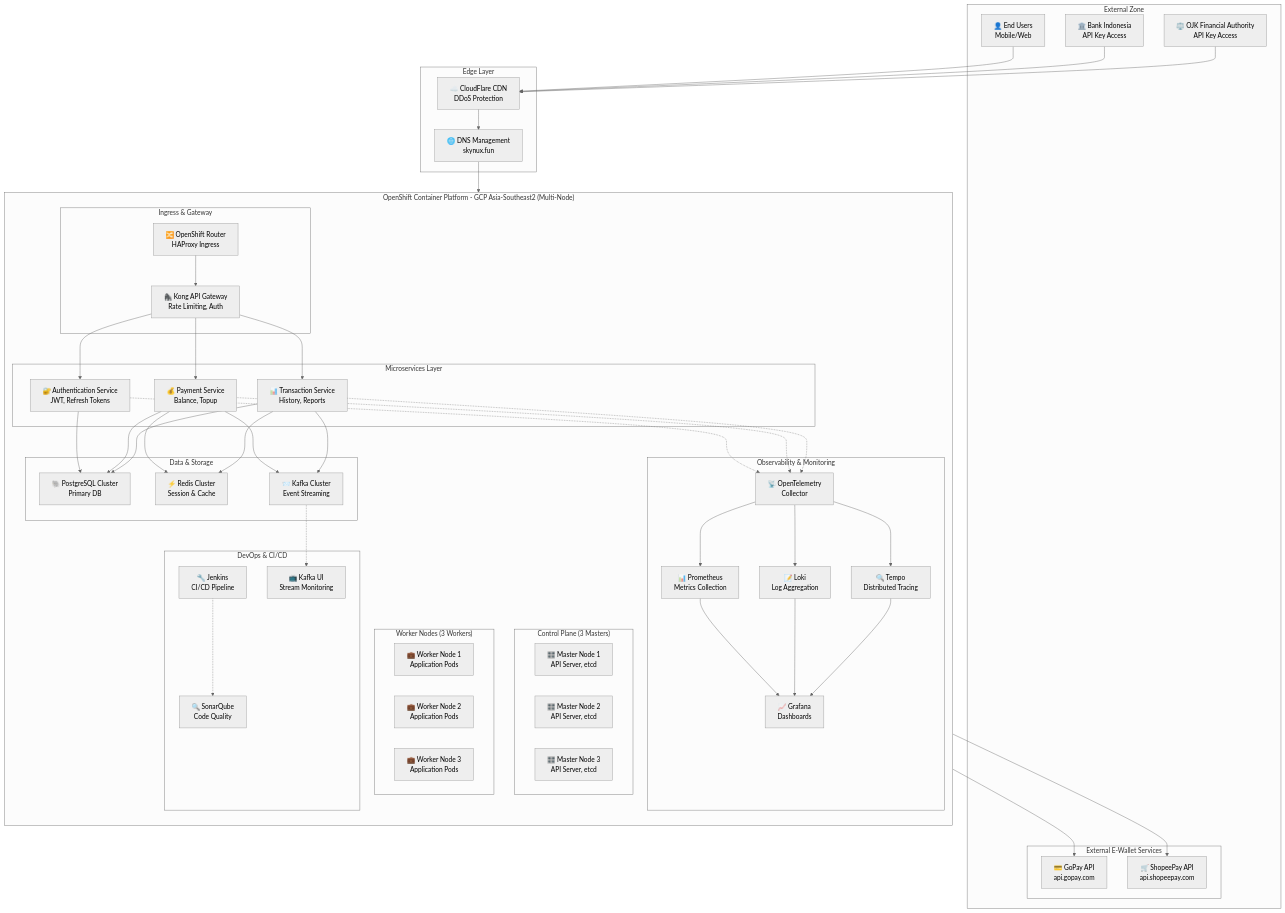
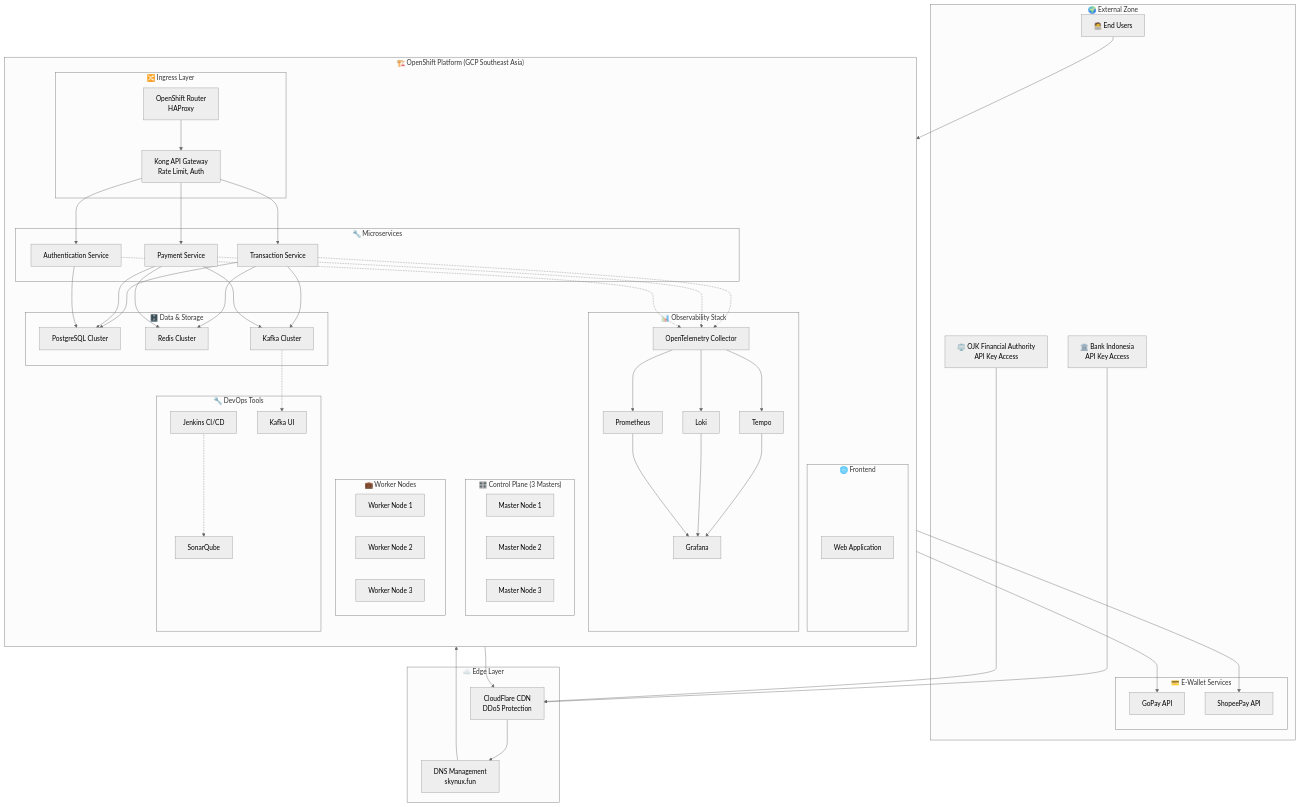
The first of 10 diagrams in README.md (cisnux-seed/api-docs-fp-one-gate-payment), drawn with Mermaid (neutral theme) before and after one commit. The commit also changed other lines of this file, not shown here.

````diff
--- a/README.md
+++ b/README.md
@@ -2,112 +2,122 @@
 ```mermaid
-graph TB
-%% External Users and Systems
-subgraph "External Zone"
-User[👤 End Users<br/>Mobile/Web]
-BankIndonesia[🏛️ Bank Indonesia<br/>API Key Access]
-OJK[⚖️ OJK Financial Authority<br/>API Key Access]
+flowchart TD
 
-subgraph "External E-Wallet Services"
-GopayExternal[💳 GoPay API<br/>api.gopay.com]
-ShopeeExternal[🛒 ShopeePay API<br/>api.shopeepay.com]
-end
+%% ================================
+%% External Zone
+%% ================================
+subgraph ExternalZone["🌍 External Zone"]
+    EndUsers[🧑‍💻 End Users]
+    BankIndonesia[🏛️ Bank Indonesia<br/>API Key Access]
+    OJK[⚖️ OJK Financial Authority<br/>API Key Access]
+
+    subgraph EWallet["💳 E-Wallet Services"]
+        GopayExternal[GoPay API]
+        ShopeeExternal[ShopeePay API]
+    end
 end
 
-%% Internet Gateway and CDN
-subgraph "Edge Layer"
-CloudFlare[☁️ CloudFlare CDN<br/>DDoS Protection]
-DNS[🌐 DNS Management<br/>skynux.fun]
+%% ================================
+%% Edge Layer
+%% ================================
+subgraph Edge["☁️ Edge Layer"]
+    CloudFlare[CloudFlare CDN<br/>DDoS Protection]
+    DNS[DNS Management<br/>skynux.fun]
 end
 
-%% OpenShift Container Platform - Multi-Node
-subgraph "OpenShift Container Platform - GCP Asia-Southeast2 (Multi-Node)"
-direction TB
+%% ================================
+%% OpenShift Platform
+%% ================================
+subgraph OpenShift["🏗️ OpenShift Platform (GCP Southeast Asia)"]
+    direction TB
 
-subgraph "Control Plane (3 Masters)"
-Master1[🎛️ Master Node 1<br/>API Server, etcd]
-Master2[🎛️ Master Node 2<br/>API Server, etcd]
-Master3[🎛️ Master Node 3<br/>API Server, etcd]
+    subgraph ControlPlane["🎛️ Control Plane (3 Masters)"]
+        Master1[Master Node 1]
+        Master2[Master Node 2]
+        Master3[Master Node 3]
+    end
+
+    subgraph Workers["💼 Worker Nodes"]
+        Worker1[Worker Node 1]
+        Worker2[Worker Node 2]
+        Worker3[Worker Node 3]
+    end
+
+    subgraph Ingress["🔀 Ingress Layer"]
+        Router[OpenShift Router<br/>HAProxy]
+        Kong[Kong API Gateway<br/>Rate Limit, Auth]
+    end
+
+    subgraph Frontend["🌐 Frontend"]
+        WebApp[Web Application]
+    end
+
+    subgraph Microservices["🔧 Microservices"]
+        AuthService[Authentication Service]
+        PaymentService[Payment Service]
+        TransactionService[Transaction Service]
+    end
+
+    subgraph DataLayer["🗄️ Data & Storage"]
+        Postgres[PostgreSQL Cluster]
+        Redis[Redis Cluster]
+        Kafka[Kafka Cluster]
+    end
+
+    subgraph Observability["📊 Observability Stack"]
+        Otel[OpenTelemetry Collector]
+        Prometheus[Prometheus]
+        Grafana[Grafana]
+        Loki[Loki]
+        Tempo[Tempo]
+    end
+
+    subgraph DevOps["🔧 DevOps Tools"]
+        Jenkins[Jenkins CI/CD]
+        SonarQube[SonarQube]
+        KafkaUI[Kafka UI]
+    end
 end
 
-subgraph "Worker Nodes (3 Workers)"
-Worker1[💼 Worker Node 1<br/>Application Pods]
-Worker2[💼 Worker Node 2<br/>Application Pods]
-Worker3[💼 Worker Node 3<br/>Application Pods]
-end
+%% ================================
+%% Connections
+%% ================================
 
-%% Ingress Layer
-subgraph "Ingress & Gateway"
-Router[🔀 OpenShift Router<br/>HAProxy Ingress]
-Kong[🦍 Kong API Gateway<br/>Rate Limiting, Auth]
-end
+%% End user path
+EndUsers --> WebApp
+WebApp --> CloudFlare
+CloudFlare --> DNS --> Router --> Kong
 
-%% Application Services
-subgraph "Microservices Layer"
-AuthService[🔐 Authentication Service<br/>JWT, Refresh Tokens]
-PaymentService[💰 Payment Service<br/>Balance, Topup]
-TransactionService[📊 Transaction Service<br/>History, Reports]
-end
-
-%% Data Layer
-subgraph "Data & Storage"
-PostgresCluster[🐘 PostgreSQL Cluster<br/>Primary DB]
-RedisCluster[⚡ Redis Cluster<br/>Session & Cache]
-KafkaCluster[📨 Kafka Cluster<br/>Event Streaming]
-end
-
-%% Observability Stack
-subgraph "Observability & Monitoring"
-Prometheus[📊 Prometheus<br/>Metrics Collection]
-Grafana[📈 Grafana<br/>Dashboards]
-Loki[📝 Loki<br/>Log Aggregation]
-Tempo[🔍 Tempo<br/>Distributed Tracing]
-OtelCol[📡 OpenTelemetry<br/>Collector]
-end
-
-%% DevOps Tools
-subgraph "DevOps & CI/CD"
-Jenkins[🔧 Jenkins<br/>CI/CD Pipeline]
-SonarQube[🔍 SonarQube<br/>Code Quality]
-KafkaUI[📺 Kafka UI<br/>Stream Monitoring]
-end
-end
-
-%% Connections
-User --> CloudFlare
+%% Bank Indonesia and OJK APIs
 BankIndonesia --> CloudFlare
 OJK --> CloudFlare
-CloudFlare --> DNS
-DNS --> Router
-Router --> Kong
 
+%% Routing to microservices
 Kong --> AuthService
 Kong --> PaymentService
 Kong --> TransactionService
 
-AuthService --> PostgresCluster
-PaymentService --> PostgresCluster
-PaymentService --> RedisCluster
-PaymentService --> KafkaCluster
-TransactionService --> PostgresCluster
-TransactionService --> RedisCluster
-TransactionService --> KafkaCluster
+%% Microservices data access
+AuthService --> Postgres
+PaymentService --> Postgres
+PaymentService --> Redis
+PaymentService --> Kafka
+TransactionService --> Postgres
+TransactionService --> Redis
+TransactionService --> Kafka
 
-%% External service calls (outbound from cluster)
+%% External service integration
 PaymentService --> GopayExternal
 PaymentService --> ShopeeExternal
 
-%% Observability connections
-AuthService -.-> OtelCol
-PaymentService -.-> OtelCol
-TransactionService -.-> OtelCol
-OtelCol --> Prometheus
-OtelCol --> Loki
-OtelCol --> Tempo
-Prometheus --> Grafana
-Loki --> Grafana
-Tempo --> Grafana
+%% Observability
+AuthService -.-> Otel
+PaymentService -.-> Otel
+TransactionService -.-> Otel
+Otel --> Prometheus --> Grafana
+Otel --> Loki --> Grafana
+Otel --> Tempo --> Grafana
 
-%% DevOps connections
+%% DevOps tools
 Jenkins -.-> SonarQube
-KafkaCluster -.-> KafkaUI
+Kafka -.-> KafkaUI
 ```
````
